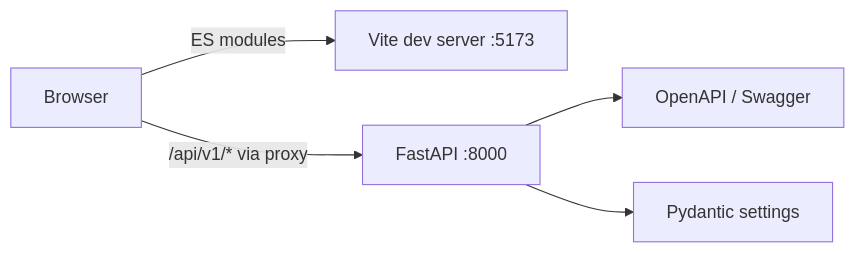
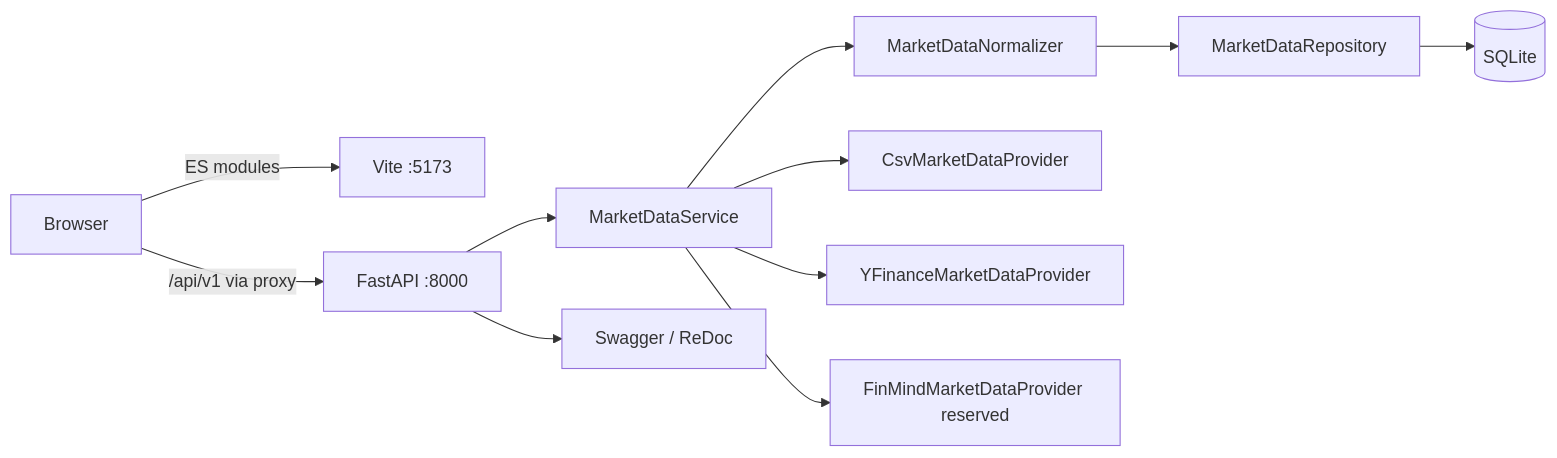
Before and after one commit to Justin21523/quant-strategy-agent-lab: the first of 5 diagrams in docs/ARCHITECTURE.md, drawn with Mermaid. The commit also changed other lines of this file and 130 other files, not shown here.

````diff
--- a/docs/ARCHITECTURE.md
+++ b/docs/ARCHITECTURE.md
@@ -5,7 +5,13 @@
 ```mermaid
 flowchart LR
-    Browser[Browser] -->|ES modules| Vite[Vite dev server :5173]
-    Browser -->|/api/v1/* via proxy| FastAPI[FastAPI :8000]
-    FastAPI --> OpenAPI[OpenAPI / Swagger]
-    FastAPI --> Settings[Pydantic settings]
+    Browser[Browser] -->|ES modules| Vite[Vite :5173]
+    Browser -->|/api/v1 via proxy| FastAPI[FastAPI :8000]
+    FastAPI --> Service[MarketDataService]
+    Service --> Normalizer[MarketDataNormalizer]
+    Service --> CSV[CsvMarketDataProvider]
+    Service --> YF[YFinanceMarketDataProvider]
+    Service --> FM[FinMindMarketDataProvider reserved]
+    Normalizer --> Repo[MarketDataRepository]
+    Repo --> SQLite[(SQLite)]
+    FastAPI --> OpenAPI[Swagger / ReDoc]
 ```
````
